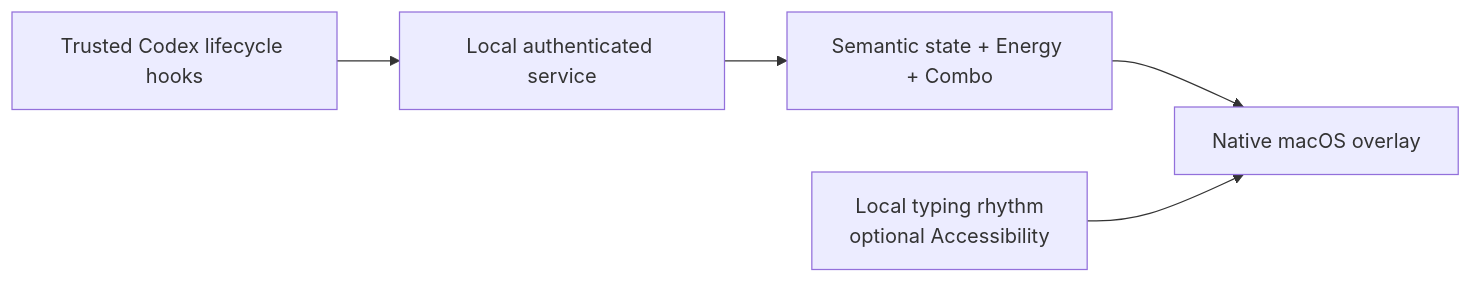
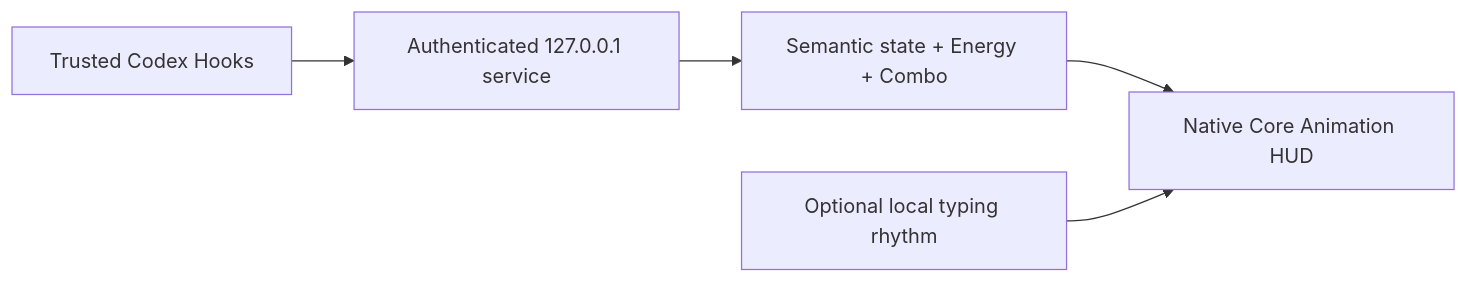
Before and after one commit to zytsyj/codex-power-mode: the diagram in README.md, drawn with Mermaid. The commit also changed other lines of this file and 6 other files, not shown here.

````diff
--- a/README.md
+++ b/README.md
@@ -107,7 +182,7 @@
 ```mermaid
 flowchart LR
-    A["Trusted Codex lifecycle hooks"] --> B["Local authenticated service"]
+    A["Trusted Codex Hooks"] --> B["Authenticated 127.0.0.1 service"]
     B --> C["Semantic state + Energy + Combo"]
-    C --> D["Native macOS overlay"]
-    E["Local typing rhythm<br/>optional Accessibility"] --> D
+    C --> D["Native Core Animation HUD"]
+    E["Optional local typing rhythm"] --> D
 ```
````
